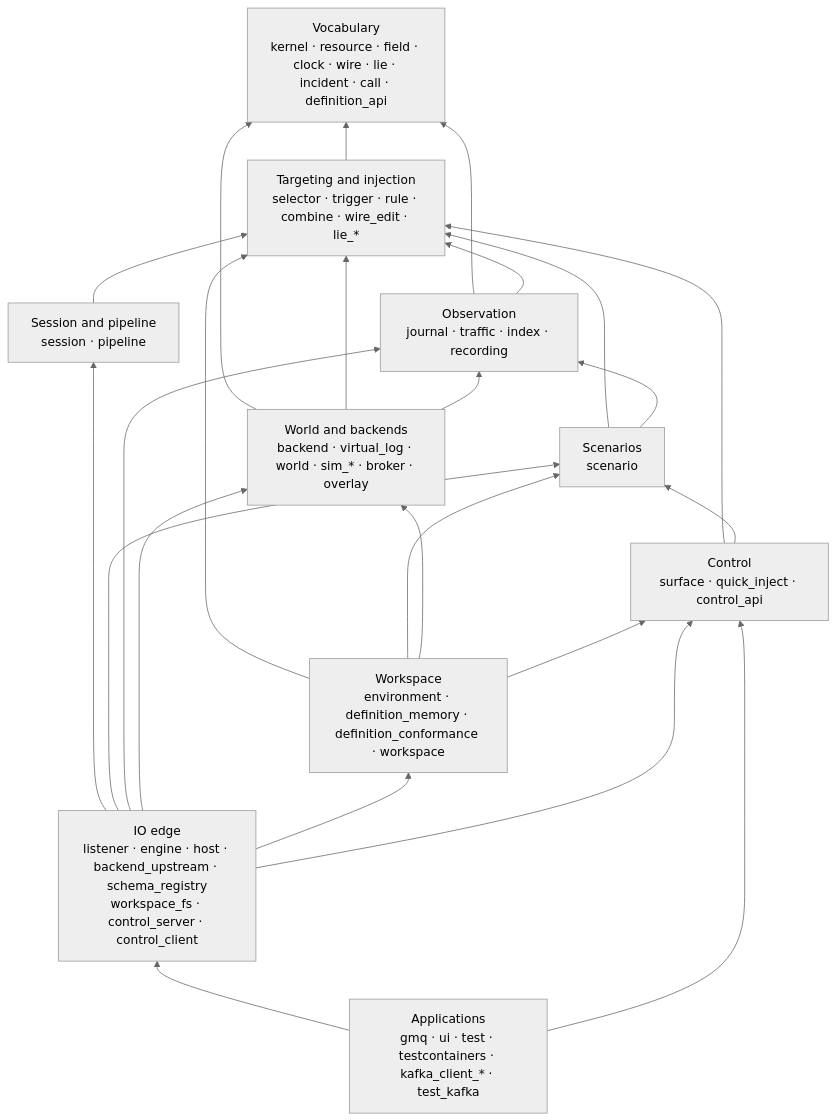
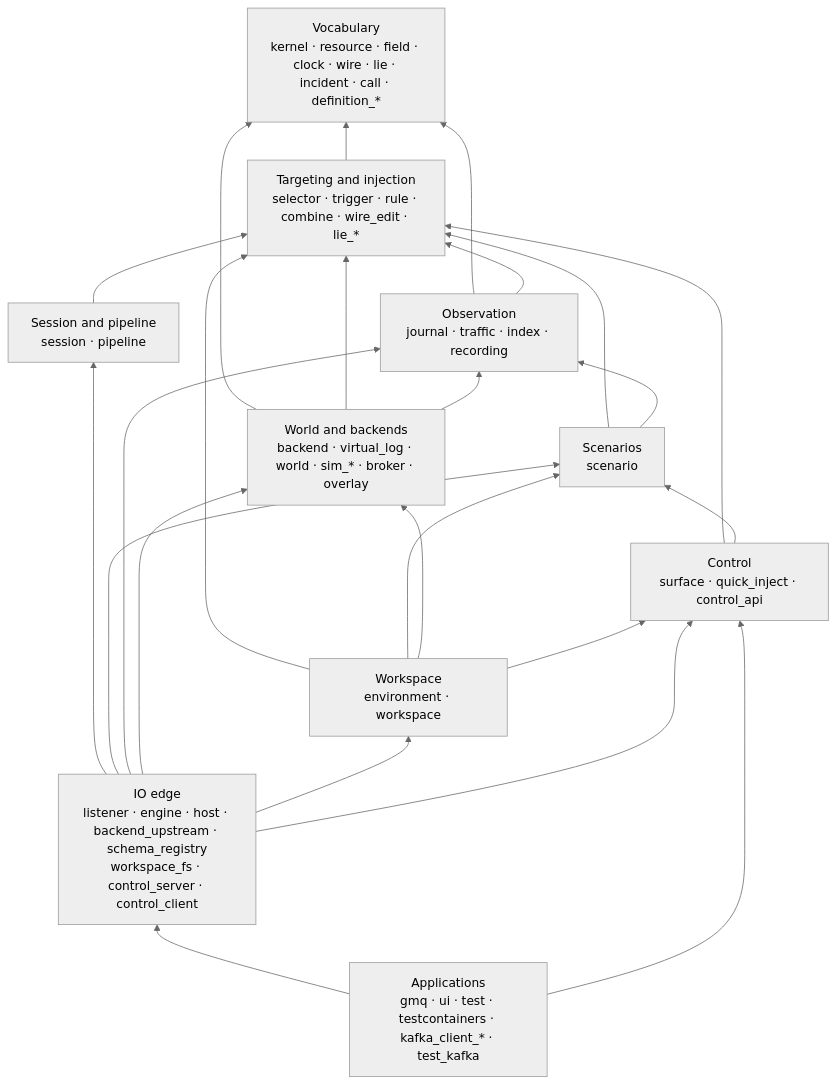
One commit to cruxy-eu/gaslightmq changed the diagram in docs/specs/architecture/crates.md. Above: the diagram before and after it, drawn with Mermaid (neutral theme). The commit also changed other lines of this file and 9 other files, not shown here.

````diff
--- a/docs/specs/architecture/crates.md
+++ b/docs/specs/architecture/crates.md
@@ -211,37 +215,37 @@
 ```mermaid
 flowchart BT
-  V["Vocabulary<br/>kernel · resource · field · clock · wire · lie · incident · call · definition_api"]
+  V["Vocabulary<br/>kernel · resource · field · clock · wire · lie · incident · call · definition_*"]
   T["Targeting and injection<br/>selector · trigger · rule · combine · wire_edit · lie_*"]
   P["Session and pipeline<br/>session · pipeline"]
   S["Scenarios<br/>scenario"]
   O["Observation<br/>journal · traffic · index · recording"]
   W["World and backends<br/>backend · virtual_log · world · sim_* · broker · overlay"]
-  F["Workspace<br/>environment · definition_memory · definition_conformance · workspace"]
+  F["Workspace<br/>environment · workspace"]
   C["Control<br/>surface · quick_inject · control_api"]
   IO["IO edge<br/>listener · engine · host · backend_upstream · schema_registry<br/>workspace_fs · control_server · control_client"]
   A["Applications<br/>gmq · ui · test · testcontainers · kafka_client_* · test_kafka"]
 
   T --> V
   P --> T
   S --> T
   S --> O
   O --> V
   O --> T
   W --> V
   W --> T
   W --> O
   F --> T
   F --> S
   F --> W
   F --> C
   C --> T
   C --> S
   IO --> P
   IO --> S
   IO --> O
   IO --> W
   IO --> F
   IO --> C
   A --> IO
   A --> C
 ```
````
